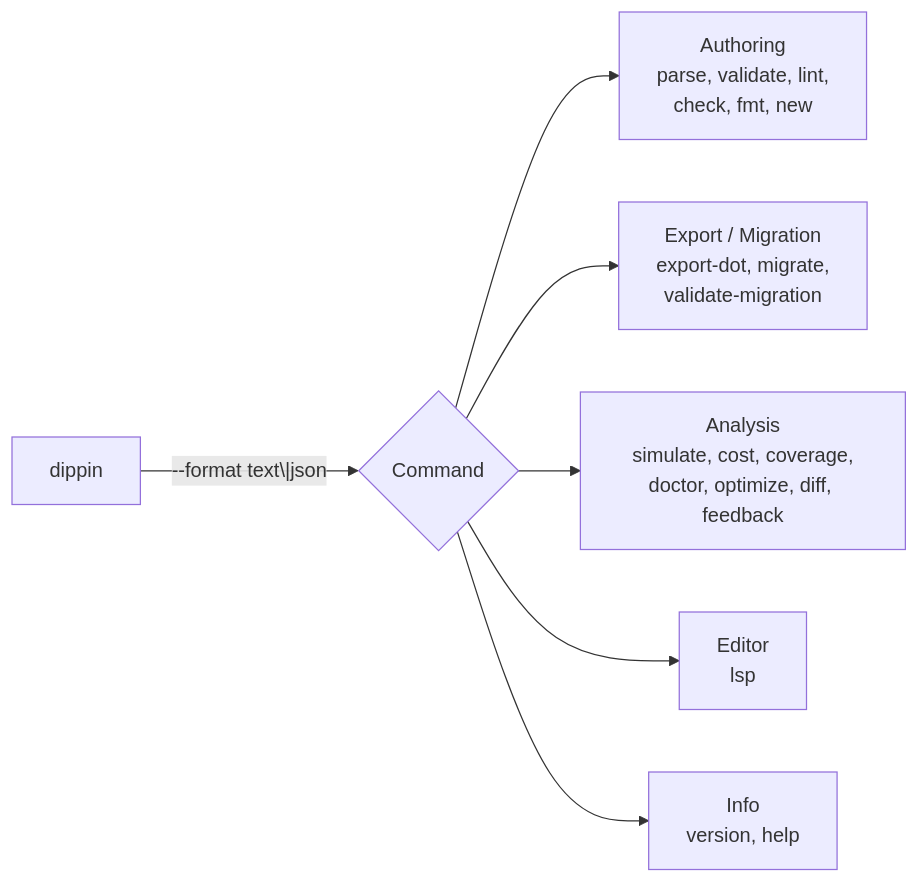
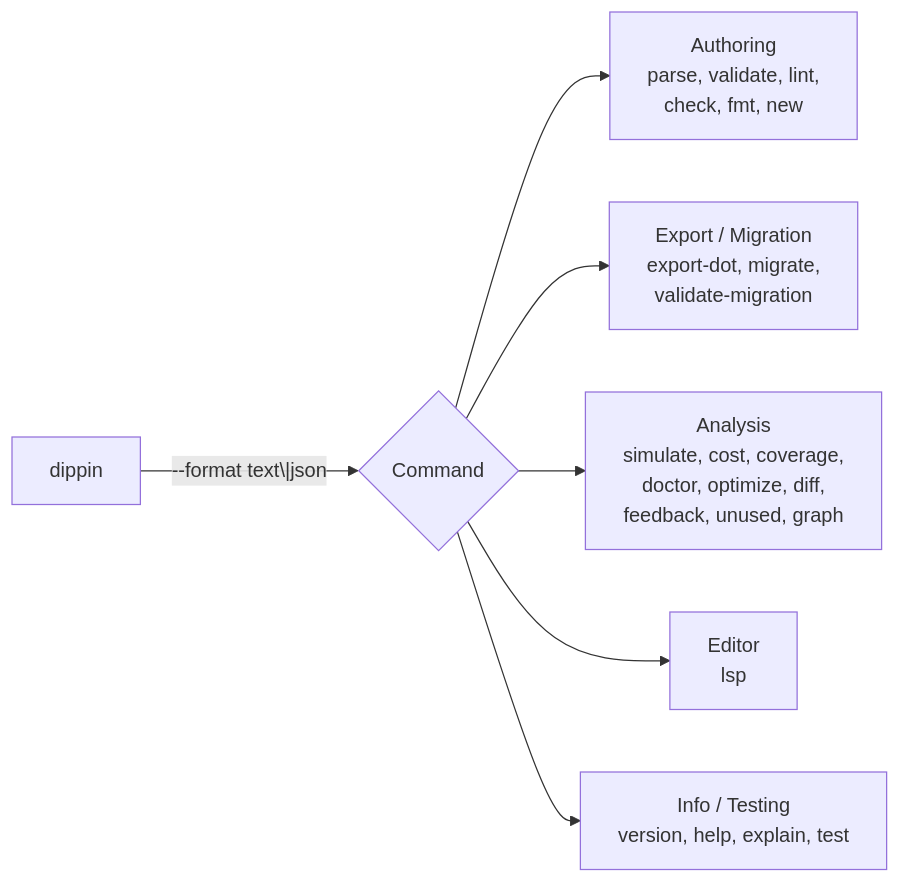
The diagram in docs/cli.md (michellepellon/dippin-lang), drawn with Mermaid before and after one commit. The commit also changed other lines of this file and 16 other files, not shown here.

First line of the commit message:
feat: add explain, unused, and graph commands (v0.5.0)

````diff
--- a/docs/cli.md
+++ b/docs/cli.md
@@ -19,9 +19,9 @@
 ```mermaid
 graph LR
     CLI["dippin"] --> |"--format text\|json"| CMD{Command}
     CMD --> A["Authoring<br>parse, validate, lint,<br>check, fmt, new"]
     CMD --> B["Export / Migration<br>export-dot, migrate,<br>validate-migration"]
-    CMD --> C["Analysis<br>simulate, cost, coverage,<br>doctor, optimize, diff, feedback"]
+    CMD --> C["Analysis<br>simulate, cost, coverage,<br>doctor, optimize, diff,<br>feedback, unused, graph"]
     CMD --> D["Editor<br>lsp"]
-    CMD --> E["Info<br>version, help"]
+    CMD --> E["Info / Testing<br>version, help, explain, test"]
 ```
````
